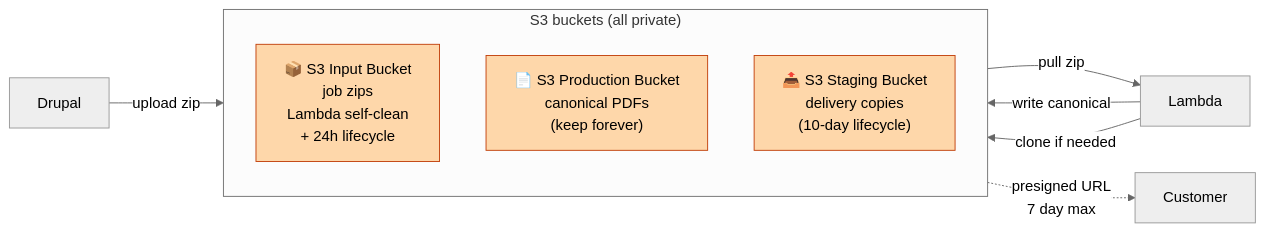
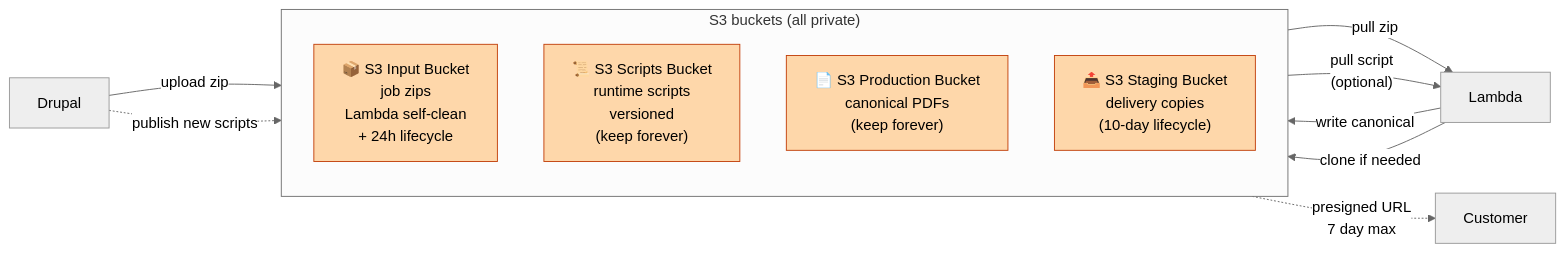
The third of 4 diagrams in docs/plans/latex-on-lambda-2026-08-13-meeting-summary.md (worx/cf-scalable-web), drawn with Mermaid (neutral theme) before and after one commit. The commit also changed other lines of this file and 6 other files, not shown here.

First line of the commit message:
docs(plans): 4th optional param, scripts bucket, IAM matrix, Docker cleanup

````diff
--- a/docs/plans/latex-on-lambda-2026-08-13-meeting-summary.md
+++ b/docs/plans/latex-on-lambda-2026-08-13-meeting-summary.md
@@ -143,23 +147,27 @@
 ```mermaid
 flowchart LR
     D[Drupal]
     L[Lambda]
     C[Customer]
 
     subgraph Buckets["S3 buckets (all private)"]
         direction TB
         SI["📦 S3 Input Bucket<br/>job zips<br/>Lambda self-clean<br/>+ 24h lifecycle"]
+        SC["📜 S3 Scripts Bucket<br/>runtime scripts<br/>versioned<br/>(keep forever)"]
         SP["📄 S3 Production Bucket<br/>canonical PDFs<br/>(keep forever)"]
         SS["📤 S3 Staging Bucket<br/>delivery copies<br/>(10-day lifecycle)"]
     end
 
     D -- upload zip --> SI
+    D -. publish new scripts .-> SC
     SI -- pull zip --> L
+    SC -- pull script<br/>(optional) --> L
     L -- write canonical --> SP
     L -- clone if needed --> SS
     SS -. presigned URL<br/>7 day max .-> C
 
     style SI fill:#fed7aa,stroke:#c2410c
+    style SC fill:#fed7aa,stroke:#c2410c
     style SP fill:#fed7aa,stroke:#c2410c
     style SS fill:#fed7aa,stroke:#c2410c
 ```
````
